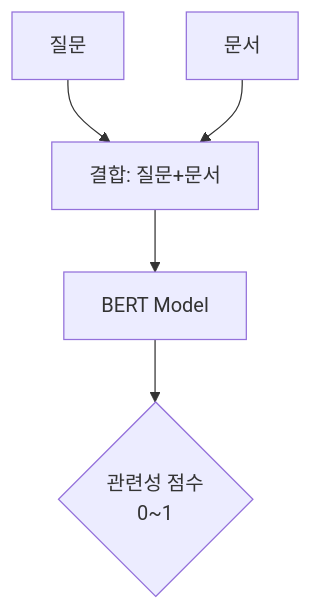
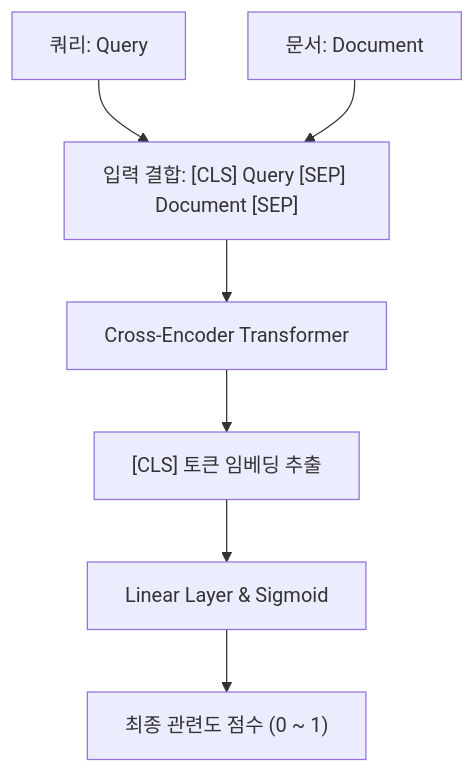
One commit to Ricepunchb/Idsh-obsidian-garden changed the first of 2 diagrams in content/study/Reranking.md. Above: the diagram before and after it, drawn with Mermaid. The commit also changed other lines of this file and 3 other files, not shown here.

````diff
--- a/content/study/Reranking.md
+++ b/content/study/Reranking.md
@@ -26,6 +26,8 @@
 ```mermaid
 graph TD
-    Q[질문] & D[문서] --> Concat[결합: 질문+문서]
-    Concat --> BERT[BERT Model]
-    BERT --> Score{관련성 점수<br/>0~1}
+    Q[쿼리: Query] & D[문서: Document] --> Concat["입력 결합: [CLS] Query [SEP] Document [SEP]"]
+    Concat --> BERT[Cross-Encoder Transformer]
+    BERT --> Pool["[CLS] 토큰 임베딩 추출"]
+    Pool --> Linear[Linear Layer & Sigmoid]
+    Linear --> Score["최종 관련도 점수 (0 ~ 1)"]
 ```
````
